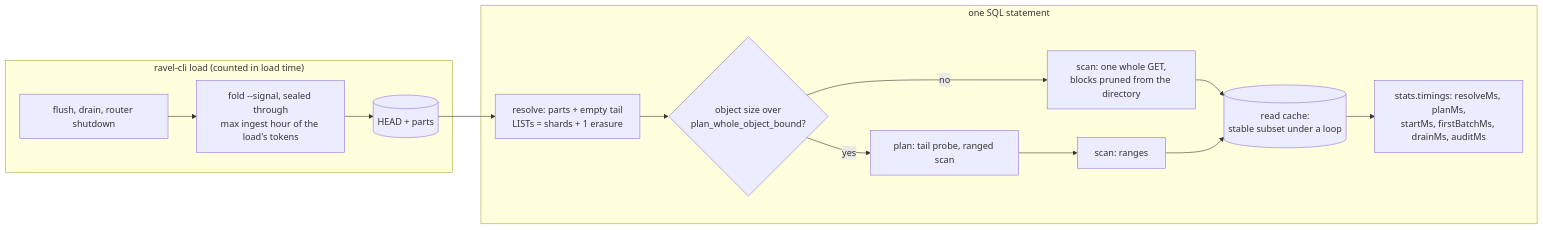
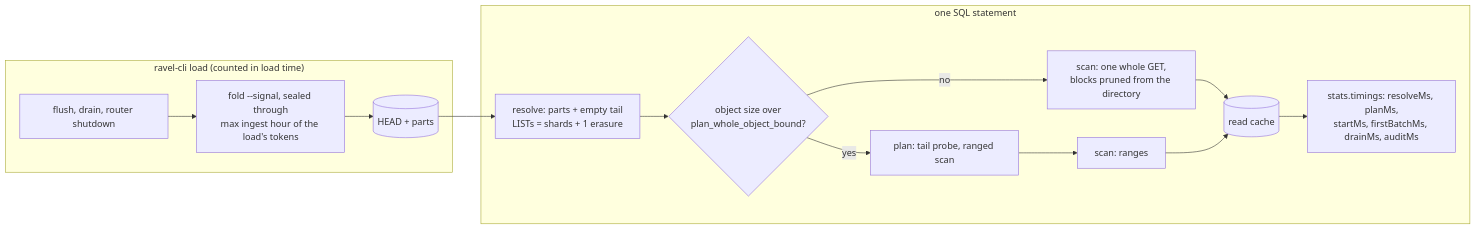
The diagram in docs/adrs/2677-clickbench-floor-fetch-and-pruning.md (NOFireAI/ravel), drawn with Mermaid before and after one commit. The commit also changed other lines of this file and 1 other file, not shown here.

````diff
--- a/docs/adrs/2677-clickbench-floor-fetch-and-pruning.md
+++ b/docs/adrs/2677-clickbench-floor-fetch-and-pruning.md
@@ -54,17 +54,17 @@
 ```mermaid
 flowchart LR
   subgraph load["ravel-cli load (counted in load time)"]
     L[flush, drain, router shutdown] --> F["fold --signal, sealed through<br/>max ingest hour of the load's tokens"]
     F --> H[(HEAD + parts)]
   end
   subgraph statement["one SQL statement"]
     R["resolve: parts + empty tail<br/>LISTs = shards + 1 erasure"] --> P{object size over<br/>plan_whole_object_bound?}
     P -->|yes| PL[plan: tail probe, ranged scan]
     P -->|no| S1["scan: one whole GET,<br/>blocks pruned from the directory"]
     PL --> S2[scan: ranges]
-    S1 --> C[(read cache:<br/>stable subset under a loop)]
+    S1 --> C[(read cache)]
     S2 --> C
     C --> T["stats.timings: resolveMs, planMs,<br/>startMs, firstBatchMs, drainMs, auditMs"]
   end
   H --> R
 ```
````
